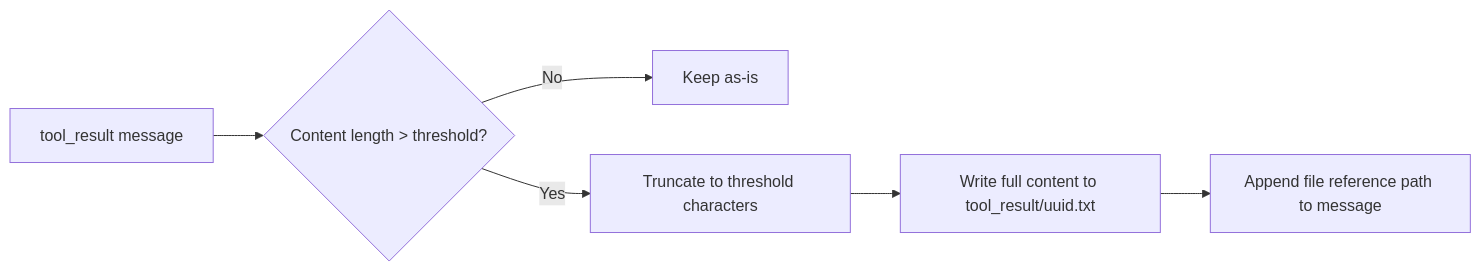
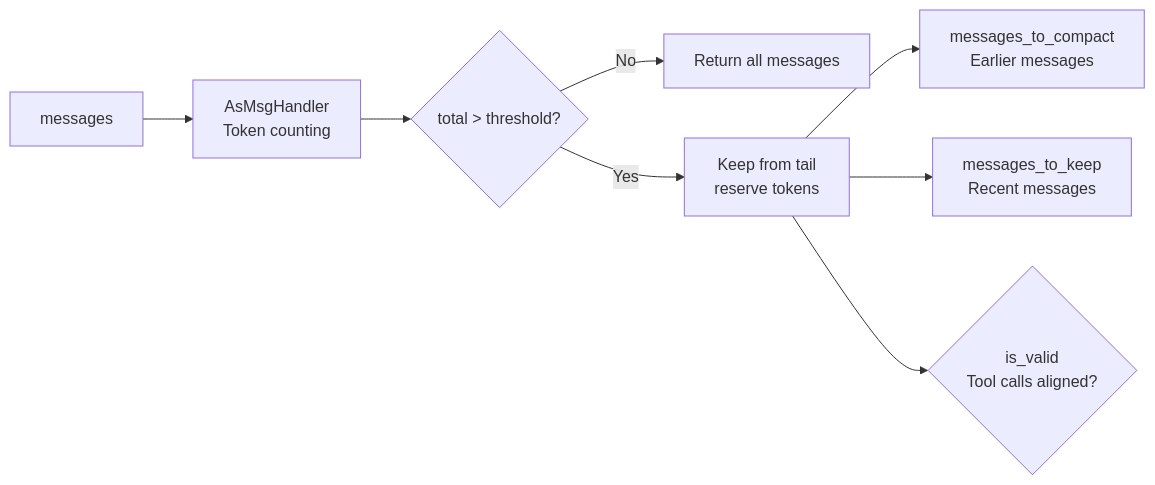
One commit to lllyyysss77/ReMe changed the second of 9 diagrams in README.md. Above: the diagram before and after it, drawn with Mermaid. The commit also changed other lines of this file and 106 other files, not shown here.

````diff
--- a/README.md
+++ b/README.md
@@ -225,8 +201,10 @@
 ```mermaid
 graph LR
-    A[tool_result message] --> B{Content length > threshold?}
-    B -->|No| C[Keep as-is]
-    B -->|Yes| D[Truncate to threshold characters]
-    D --> E[Write full content to tool_result/uuid.txt]
-    E --> F[Append file reference path to message]
+    M[messages] --> H[AsMsgHandler<br>Token counting]
+    H --> C{total > threshold?}
+    C -->|No| K[Return all messages]
+    C -->|Yes| S[Keep from tail<br>reserve tokens]
+    S --> CP[messages_to_compact<br>Earlier messages]
+    S --> KP[messages_to_keep<br>Recent messages]
+    S --> V{is_valid<br>Tool calls aligned?}
 ```
````
